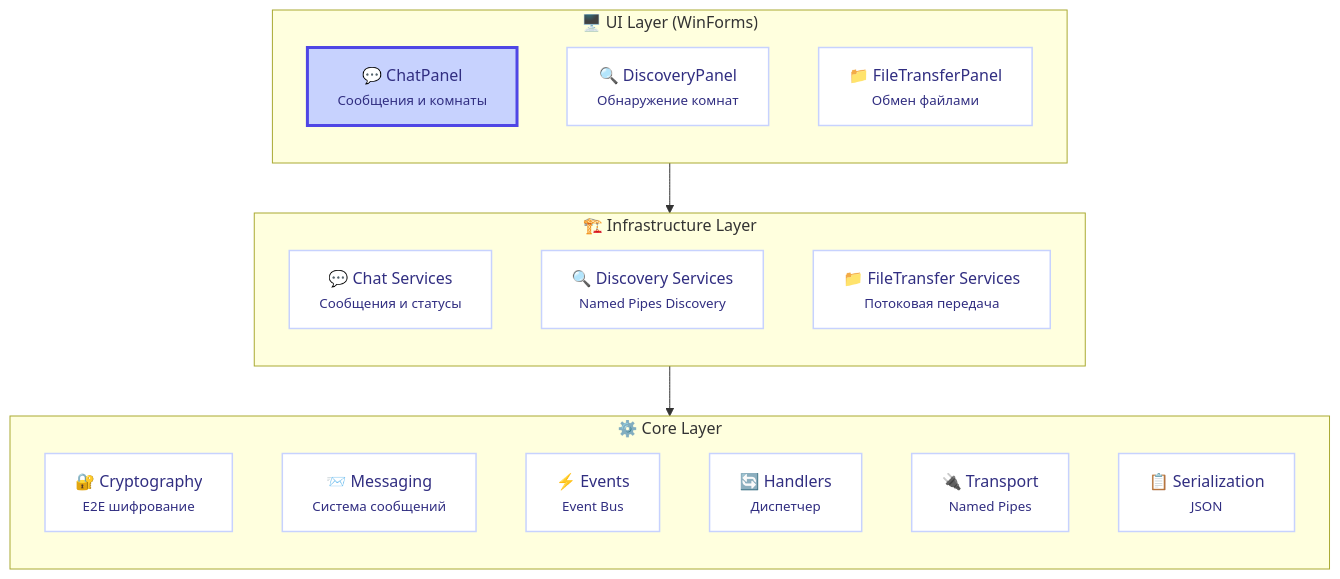
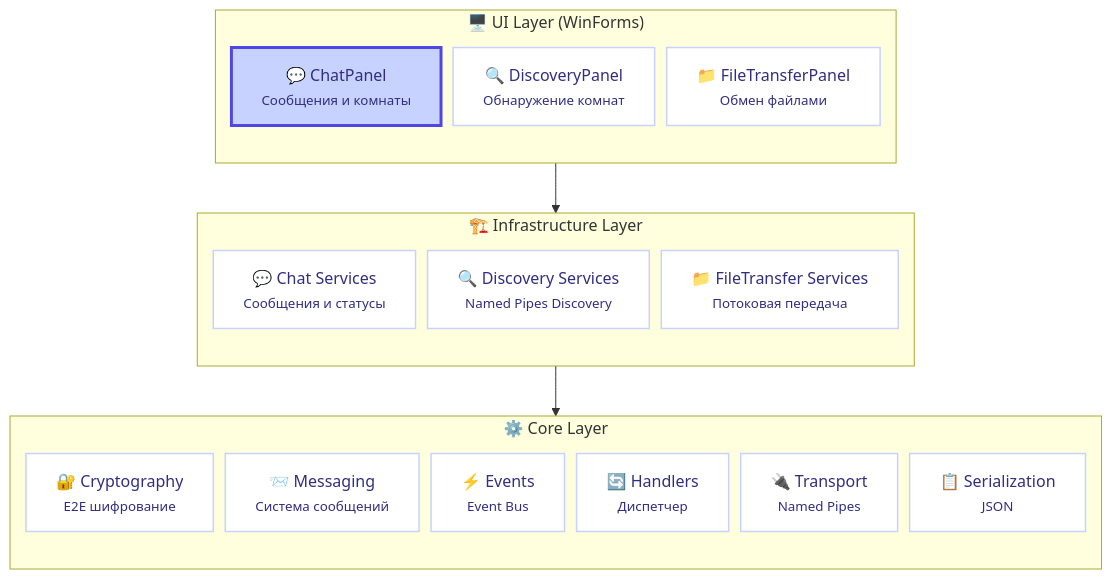
One commit to CasCadeVR/MIN changed the first of 3 diagrams in README.md. Above: the diagram before and after it, drawn with Mermaid.

````diff
--- a/README.md
+++ b/README.md
@@ -46,41 +46,42 @@
 ```mermaid
-flowchart TB 
+flowchart TB
+    %%{init: {'flowchart': {'nodeSpacing': 12}}}%%
     classDef uiLayer fill:#dbeafe,stroke:#3b82f6,stroke-width:2px,color:#1e40af
     classDef infraLayer fill:#e0e7ff,stroke:#4f46e5,stroke-width:2px,color:#3730a3
     classDef coreLayer fill:#ede9fe,stroke:#7c3aed,stroke-width:2px,color:#5b21b6
     classDef component fill:#ffffff,stroke:#c7d2fe,stroke-width:1.5px,color:#312e81
     classDef highlight fill:#c7d2fe,stroke:#4f46e5,stroke-width:3px,color:#312e81
     
     subgraph UI["🖥️ UI Layer (WinForms)"]
         direction TB
         A["💬 ChatPanel<br><small>Сообщения и комнаты</small>"]
         B["🔍 DiscoveryPanel<br><small>Обнаружение комнат</small>"]
         C["📁 FileTransferPanel<br><small>Обмен файлами</small>"]
     end
     
     subgraph INF["🏗️ Infrastructure Layer"]
         direction TB
         D["💬 Chat Services<br><small>Сообщения и статусы</small>"]
         E["🔍 Discovery Services<br><small>Named Pipes Discovery</small>"]
         F["📁 FileTransfer Services<br><small>Потоковая передача</small>"]
     end
     
     subgraph CORE["⚙️ Core Layer"]
         direction TB
         G["🔐 Cryptography<br><small>E2E шифрование</small>"]
         H["📨 Messaging<br><small>Система сообщений</small>"]
         I["⚡ Events<br><small>Event Bus</small>"]
         J["🔄 Handlers<br><small>Диспетчер</small>"]
         K["🔌 Transport<br><small>Named Pipes</small>"]
         L["📋 Serialization<br><small>JSON</small>"]
     end
     
     class A highlight;
     class B,C,D,E,F,G,H,I,J,K,L component
     class UI uiLayer;
     class INF infraLayer;
     class CORE coreLayer
     
     UI --> INF
     INF --> CORE
 ```
````
